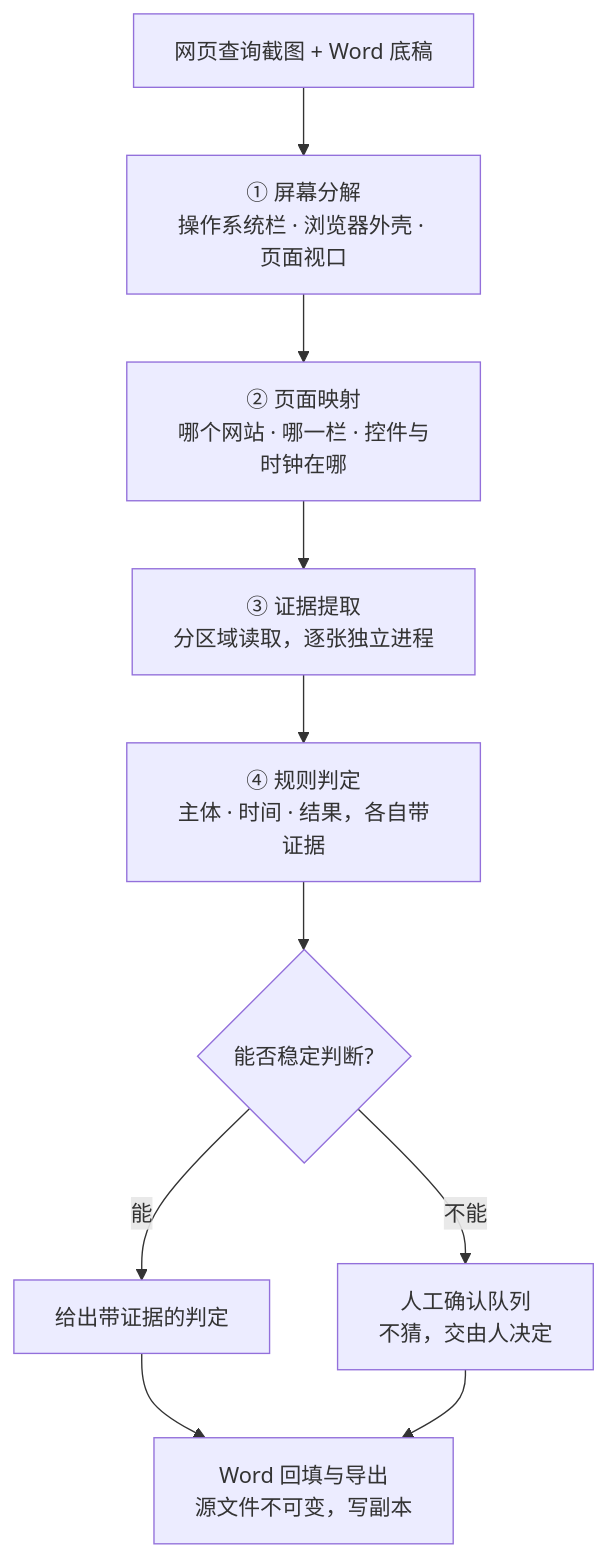
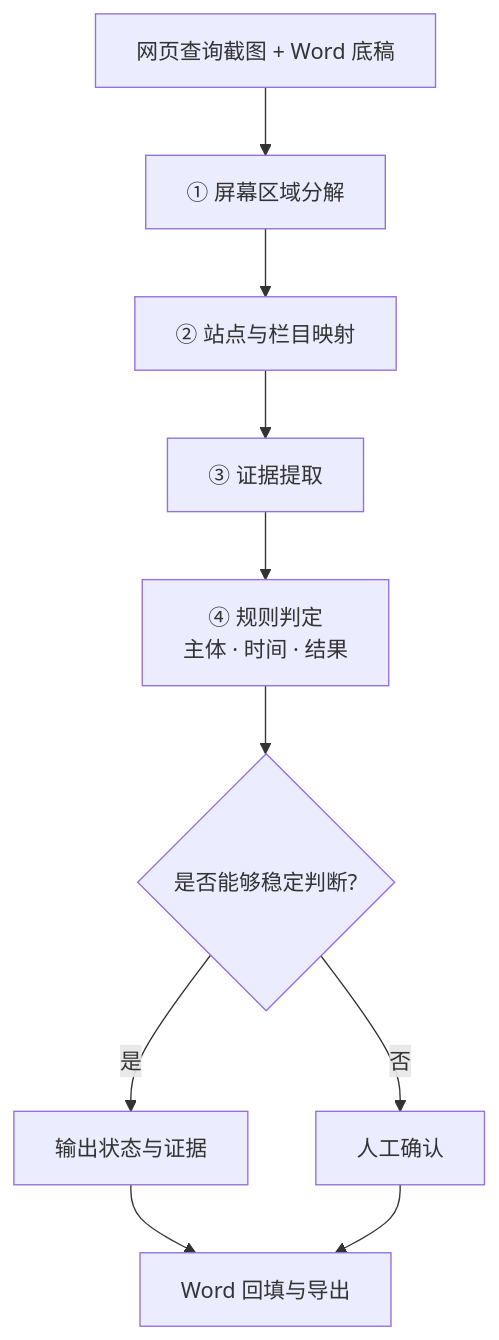
Before and after one commit to Simple-StayHungry/duecheck: the diagram in README.md, drawn with Mermaid. The commit also changed other lines of this file, not shown here.

````diff
--- a/README.md
+++ b/README.md
@@ -55,12 +44,12 @@
 ```mermaid
 flowchart TD
-    A["网页查询截图 + Word 底稿"] --> B["① 屏幕分解<br/>操作系统栏 · 浏览器外壳 · 页面视口"]
-    B --> C["② 页面映射<br/>哪个网站 · 哪一栏 · 控件与时钟在哪"]
-    C --> D["③ 证据提取<br/>分区域读取，逐张独立进程"]
-    D --> E["④ 规则判定<br/>主体 · 时间 · 结果，各自带证据"]
-    E --> F{"能否稳定判断?"}
-    F -- "能" --> G["给出带证据的判定"]
-    F -- "不能" --> H["人工确认队列<br/>不猜，交由人决定"]
-    G --> I["Word 回填与导出<br/>源文件不可变，写副本"]
+    A["网页查询截图 + Word 底稿"] --> B["① 屏幕区域分解"]
+    B --> C["② 站点与栏目映射"]
+    C --> D["③ 证据提取"]
+    D --> E["④ 规则判定<br/>主体 · 时间 · 结果"]
+    E --> F{"是否能够稳定判断?"}
+    F -- "是" --> G["输出状态与证据"]
+    F -- "否" --> H["人工确认"]
+    G --> I["Word 回填与导出"]
     H --> I
 ```
````
